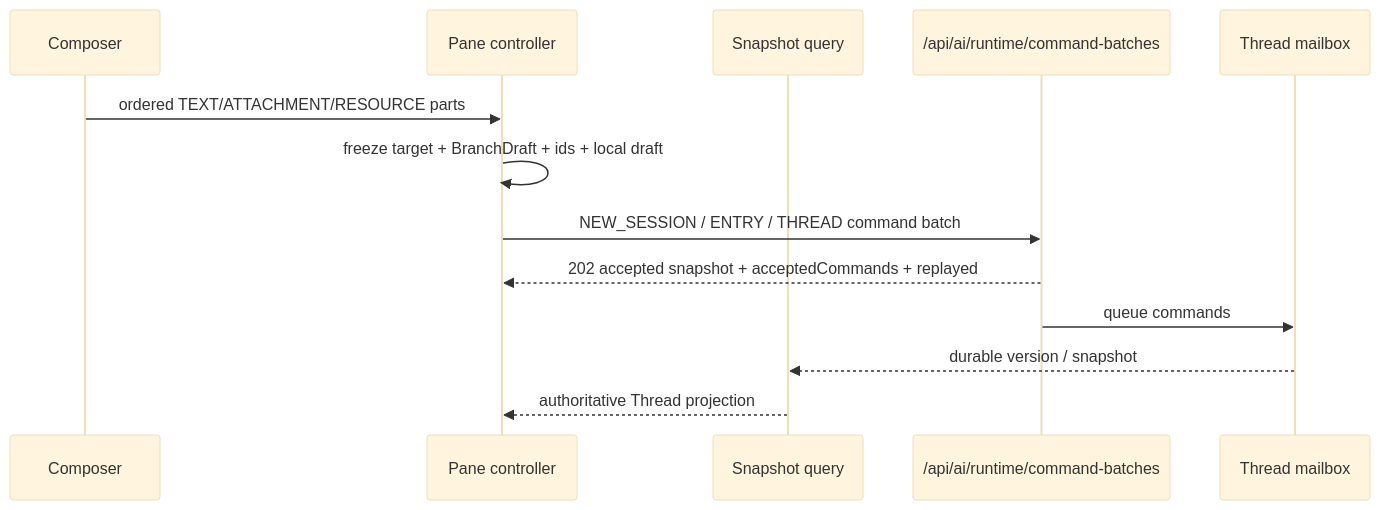
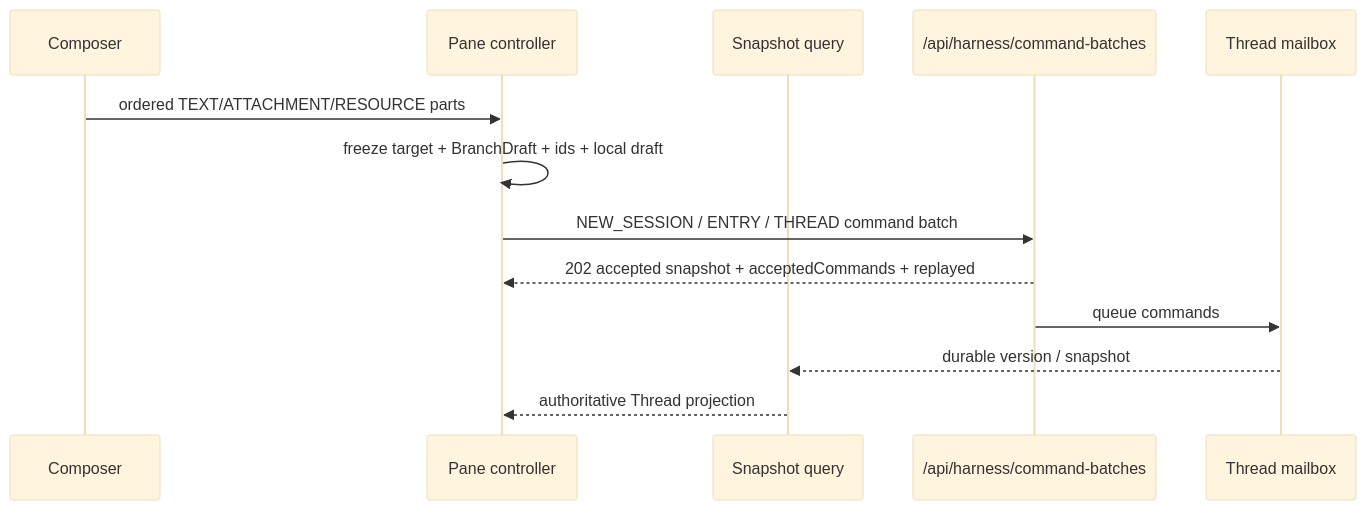
The second of 5 diagrams in docs/modules/frontend.md (fengwk/kk-studio), drawn with Mermaid (base theme) before and after one commit. The commit also changed other lines of this file and 27 other files, not shown here.

````diff
--- a/docs/modules/frontend.md
+++ b/docs/modules/frontend.md
@@ -277,16 +277,16 @@
 ```mermaid
 sequenceDiagram
   participant C as Composer
   participant P as Pane controller
   participant S as Snapshot query
-  participant A as /api/ai/runtime/command-batches
+  participant A as /api/harness/command-batches
   participant T as Thread mailbox
 
   C->>P: ordered TEXT/ATTACHMENT/RESOURCE parts
   P->>P: freeze target + BranchDraft + ids + local draft
   P->>A: NEW_SESSION / ENTRY / THREAD command batch
   A-->>P: 202 accepted snapshot + acceptedCommands + replayed
   A->>T: queue commands
   T-->>S: durable version / snapshot
   S-->>P: authoritative Thread projection
 ```
````
